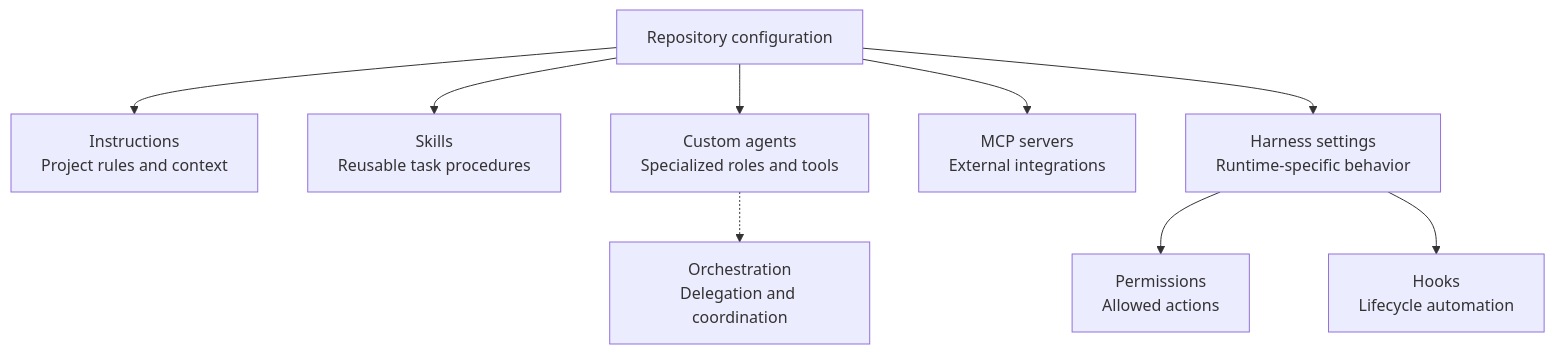
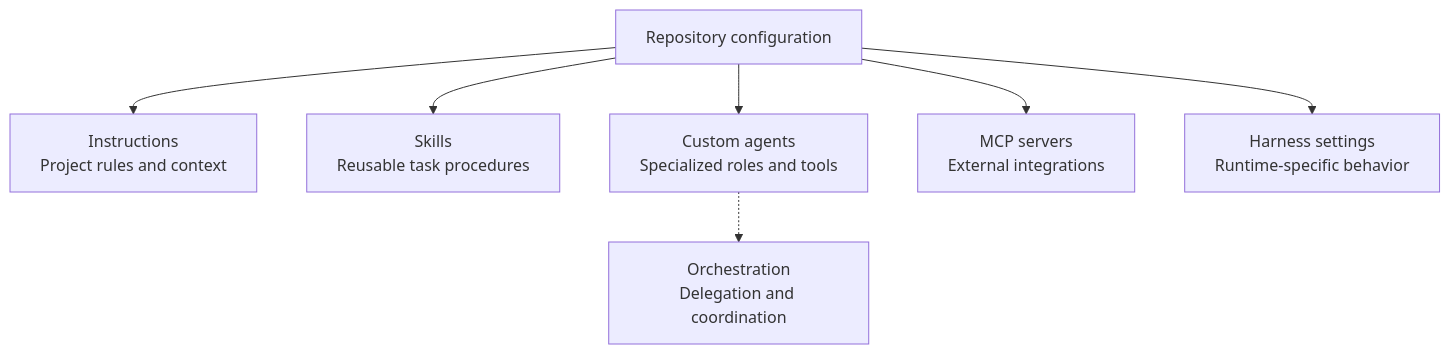
The diagram in content/articles/from-copilot-to-opencode-configuration-portability.md (lfarci/loganfarci.com), drawn with Mermaid before and after one commit. The commit also changed other lines of this file, not shown here.

Commit message:
docs: simplify Mermaid harness settings node

````diff
--- a/content/articles/from-copilot-to-opencode-configuration-portability.md
+++ b/content/articles/from-copilot-to-opencode-configuration-portability.md
@@ -51,12 +51,10 @@
 ```mermaid
 flowchart TD
     R["Repository configuration"]
     R --> I["Instructions<br/>Project rules and context"]
     R --> S["Skills<br/>Reusable task procedures"]
     R --> A["Custom agents<br/>Specialized roles and tools"]
     R --> M["MCP servers<br/>External integrations"]
     R --> H["Harness settings<br/>Runtime-specific behavior"]
-    H --> P["Permissions<br/>Allowed actions"]
-    H --> K["Hooks<br/>Lifecycle automation"]
     A -.-> O["Orchestration<br/>Delegation and coordination"]
 ```
````
